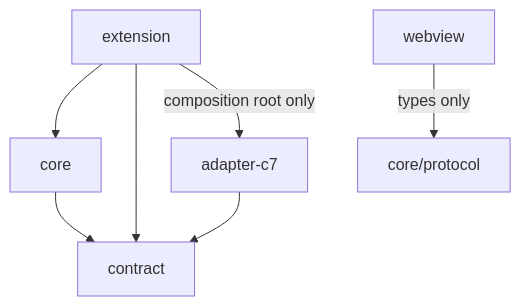
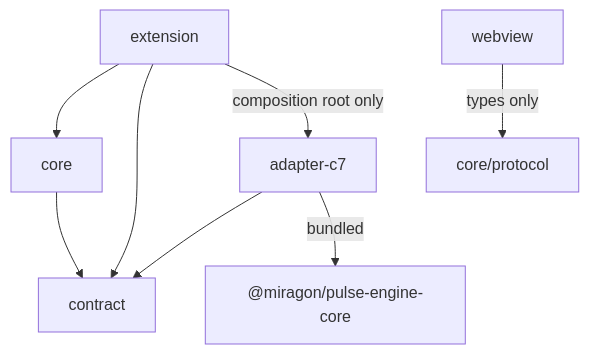
One commit to Miragon/pulse changed the third of 7 diagrams in apps/vscode/docs/architecture-overview.md. Above: the diagram before and after it, drawn with Mermaid. The commit also changed other lines of this file and 59 other files, not shown here.

````diff
--- a/apps/vscode/docs/architecture-overview.md
+++ b/apps/vscode/docs/architecture-overview.md
@@ -127,9 +127,10 @@
 ```mermaid
 flowchart TB
   extension --> core
   extension --> contract
   extension -- composition root only --> adapterC7[adapter-c7]
   core --> contract
   webview -- types only --> protocol[core/protocol]
   adapterC7 --> contract
+  adapterC7 -- bundled --> engineCore["@miragon/pulse-engine-core"]
 ```
````
